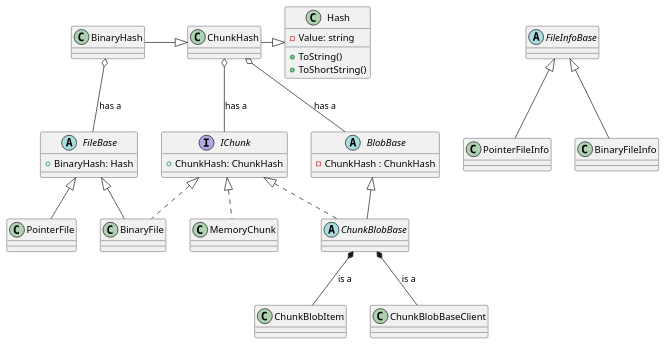
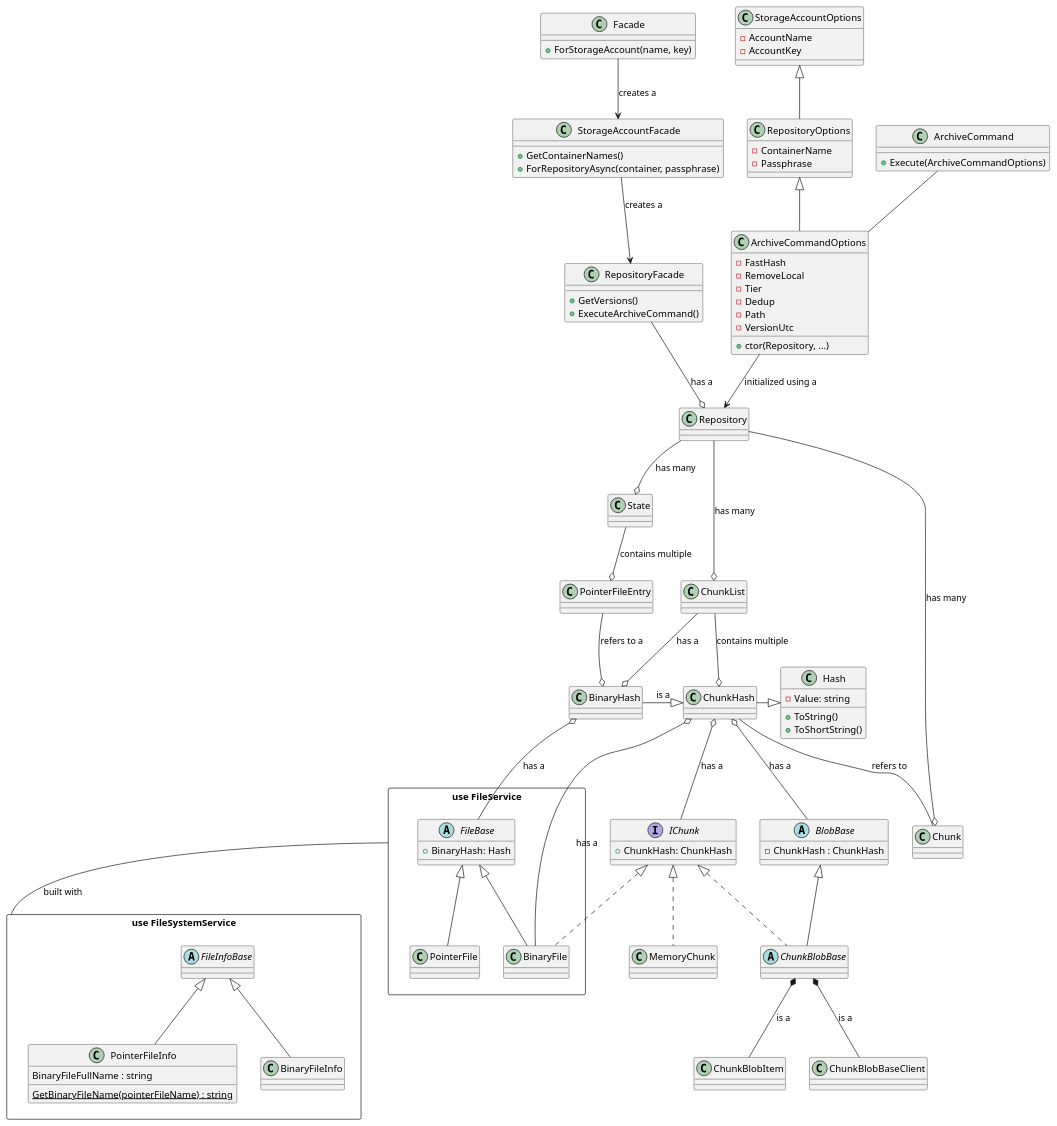
The diagram in docs/classdiagram.puml (woutervanranst/Arius), drawn with PlantUML before and after one commit. The commit also changed 1 other file, not shown here.

Commit message:
merged domain diagram

```diff
--- a/docs/classdiagram.puml
+++ b/docs/classdiagram.puml
@@ -1,76 +1,137 @@
 @startuml
 
-abstract class FileBase{
-    +BinaryHash: Hash
+' --- MODELS
+
+rectangle "use FileService" as FileService{
+    abstract class FileBase{
+        +BinaryHash: Hash
+    }
+    class PointerFile
+    class BinaryFile
 }
-
-class PointerFile{
-}
-
-class BinaryFile{
-}
-
 
 interface IChunk{
     +ChunkHash: ChunkHash
 }
-
-class MemoryChunk {
-}
+class MemoryChunk
 
 class Hash {
  -Value: string
  +ToString()
  +ToShortString()
 }
-
-class ChunkHash {
-}
-
-class BinaryHash {
-}
-
+class ChunkHash
+class BinaryHash
 
 abstract class BlobBase {
  - ChunkHash : ChunkHash
 }
+abstract class ChunkBlobBase
+class ChunkBlobItem
+class ChunkBlobBaseClient
 
-abstract class ChunkBlobBase {
-}
-class ChunkBlobItem {
-}
-class ChunkBlobBaseClient {
+rectangle "use FileSystemService" as FileSystemService {
+    abstract class FileInfoBase
+    class PointerFileInfo {
+        BinaryFileFullName : string
+        {static} GetBinaryFileName(pointerFileName) : string
+    }
+    class BinaryFileInfo
 }
 
-abstract class FileInfoBase{
+' --- OPERATIONS 
+class Facade {
+ + ForStorageAccount(name, key)
 }
-class PointerFileInfo{
+
+class StorageAccountFacade {
+ + GetContainerNames()
+ + ForRepositoryAsync(container, passphrase)
 }
-class BinaryFileInfo{
+
+class RepositoryFacade {
+ + GetVersions()
+ + ExecuteArchiveCommand()
 }
+
+class Repository
+
+class StorageAccountOptions {
+ - AccountName
+ - AccountKey
+}
+
+class RepositoryOptions {
+ - ContainerName
+ - Passphrase
+}
+
+class ArchiveCommandOptions {
+ - FastHash
+ - RemoveLocal
+ - Tier
+ - Dedup
+ - Path
+ - VersionUtc
+ + ctor(Repository, ...)
+}
+
+class ArchiveCommand {
+ + Execute(ArchiveCommandOptions)
+}
+
+
+' --- MODELS RELATIONSHIPS
+Repository --o ChunkList : "has many"
+Repository --o Chunk : "has many"
+Repository --o State : "has many"
+
+ChunkList --o ChunkHash : "contains multiple"
+ChunkHash -- Chunk : "refers to"
+
+State --o PointerFileEntry : "contains multiple"
+
+PointerFileEntry --o BinaryHash : "refers to a"
+
+ChunkList --o BinaryHash : "has a"
+
+FileBase -u-o BinaryHash : "has a"
+
+BinaryFile --o ChunkHash : "has a"
 
 
 FileBase <|-- PointerFile
 
 FileBase <|-- BinaryFile
 BinaryFile..u|>IChunk
 
 IChunk <|.. MemoryChunk
 
 ChunkBlobBase -u-|> BlobBase
 ChunkBlobBase .u.|> IChunk
 ChunkBlobItem -u-* ChunkBlobBase : "is a"
 ChunkBlobBaseClient -u-* ChunkBlobBase : "is a"
 
 ChunkHash -r-|> Hash
-BinaryHash -r-|> ChunkHash
+BinaryHash -r-|> ChunkHash : "is a"
 
-FileBase -u-o BinaryHash : "has a"
 IChunk -u-o ChunkHash : "has a"
 BlobBase -u-o ChunkHash : "has a"
 
 
 FileInfoBase<|-- PointerFileInfo
 FileInfoBase<|-- BinaryFileInfo
 
+' --- OPERATIONS RELATIONSHIPS
+Facade --> StorageAccountFacade : "creates a"
+StorageAccountFacade --> RepositoryFacade : "creates a"
+RepositoryFacade --o Repository : "has a"
+
+RepositoryOptions -u-|> StorageAccountOptions
+ArchiveCommandOptions -u-|> RepositoryOptions 
+ArchiveCommandOptions --> Repository : "initialized using a"
+
+ArchiveCommand -- ArchiveCommandOptions
+
+FileSystemService -u- FileService : "built with"
 @enduml
```
